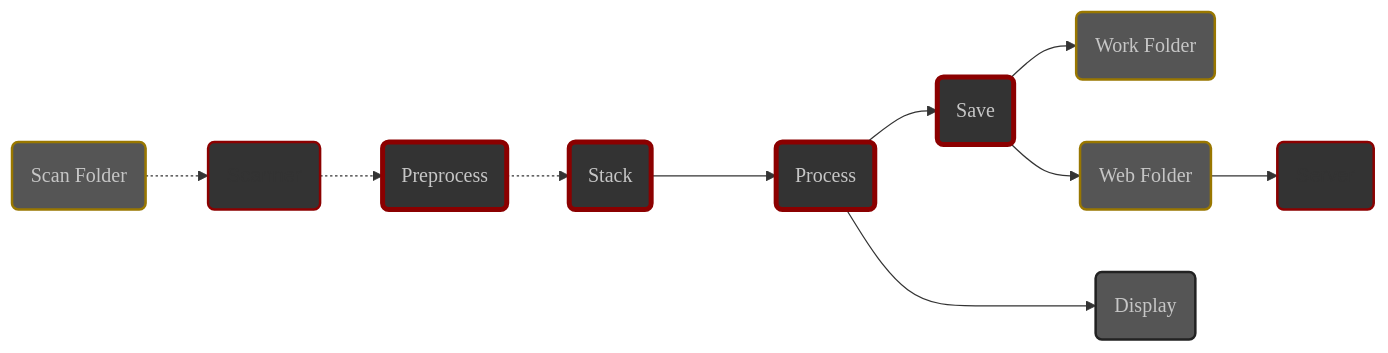
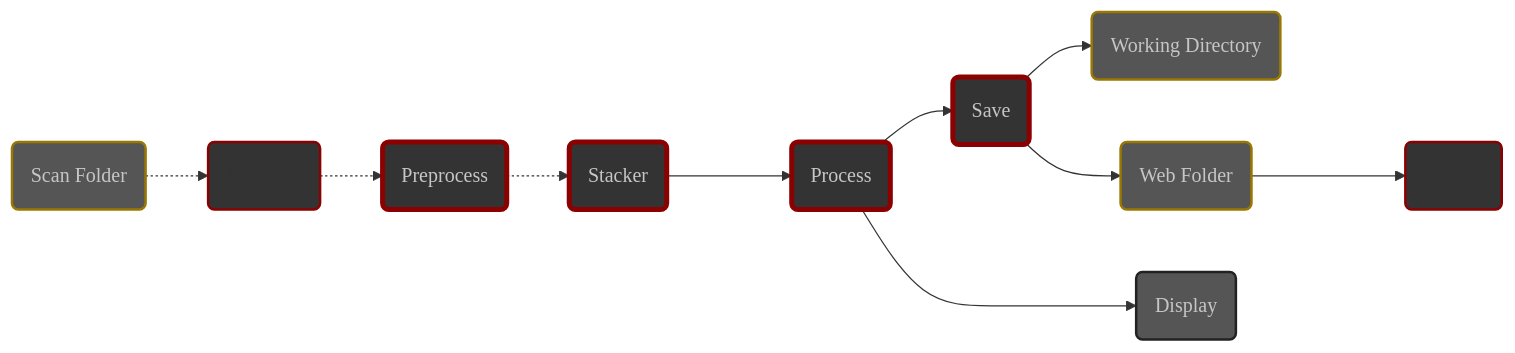
The diagram in content/en/docs/v0.7/userguide/concepts.md (deufrai/als), drawn with Mermaid before and after one commit. The commit also changed other lines of this file and 4 other files, not shown here.

````diff
--- a/content/en/docs/v0.7/userguide/concepts.md
+++ b/content/en/docs/v0.7/userguide/concepts.md
@@ -41,30 +67,30 @@
 ```mermaid
 graph LR
 
-        B(Preprocess) -.-> C(Stack)
+        B(Preprocess) -.-> C(Stacker)
         C ---> D(Process)
         D --> E(Save)
 
 
-    S(Scan Folder) -.-> A(Scanner)        
+    S(Scan Folder) -.-> A(Scanner)
     A -.-> B
-    E --> F(Work Folder)
+    E --> F(Working Directory)
     E --> G(Web Folder)
-    G --> H(Server)
+    G ---> H(Server)
     D ---> I(Display)
 
 
     style A fill:#333,stroke:darkred,stroke-width:2px
     style B fill:#333,stroke:darkred,stroke-width:4px,color:#c6c6c6,font-family:'Poppins',sans-serif
     style C fill:#333,stroke:darkred,stroke-width:4px,color:#c6c6c6,font-family:'Poppins',sans-serif
     style D fill:#333,stroke:darkred,stroke-width:4px,color:#c6c6c6,font-family:'Poppins',sans-serif
     style E fill:#333,stroke:darkred,stroke-width:4px,color:#c6c6c6,font-family:'Poppins',sans-serif
 
     style F fill:#555,stroke:#970,stroke-width:2px,color:#c6c6c6,font-family:'Poppins',sans-serif
     style G fill:#555,stroke:#970,stroke-width:2px,color:#c6c6c6,font-family:'Poppins',sans-serif
     style S fill:#555,stroke:#970,stroke-width:2px,color:#c6c6c6,font-family:'Poppins',sans-serif
-    
+
     style I fill:#555,stroke:#222,stroke-width:2px,color:#c6c6c6,font-family:'Poppins',sans-serif
 
     style H fill:#333,stroke:darkred,stroke-width:2px
 ```
````
